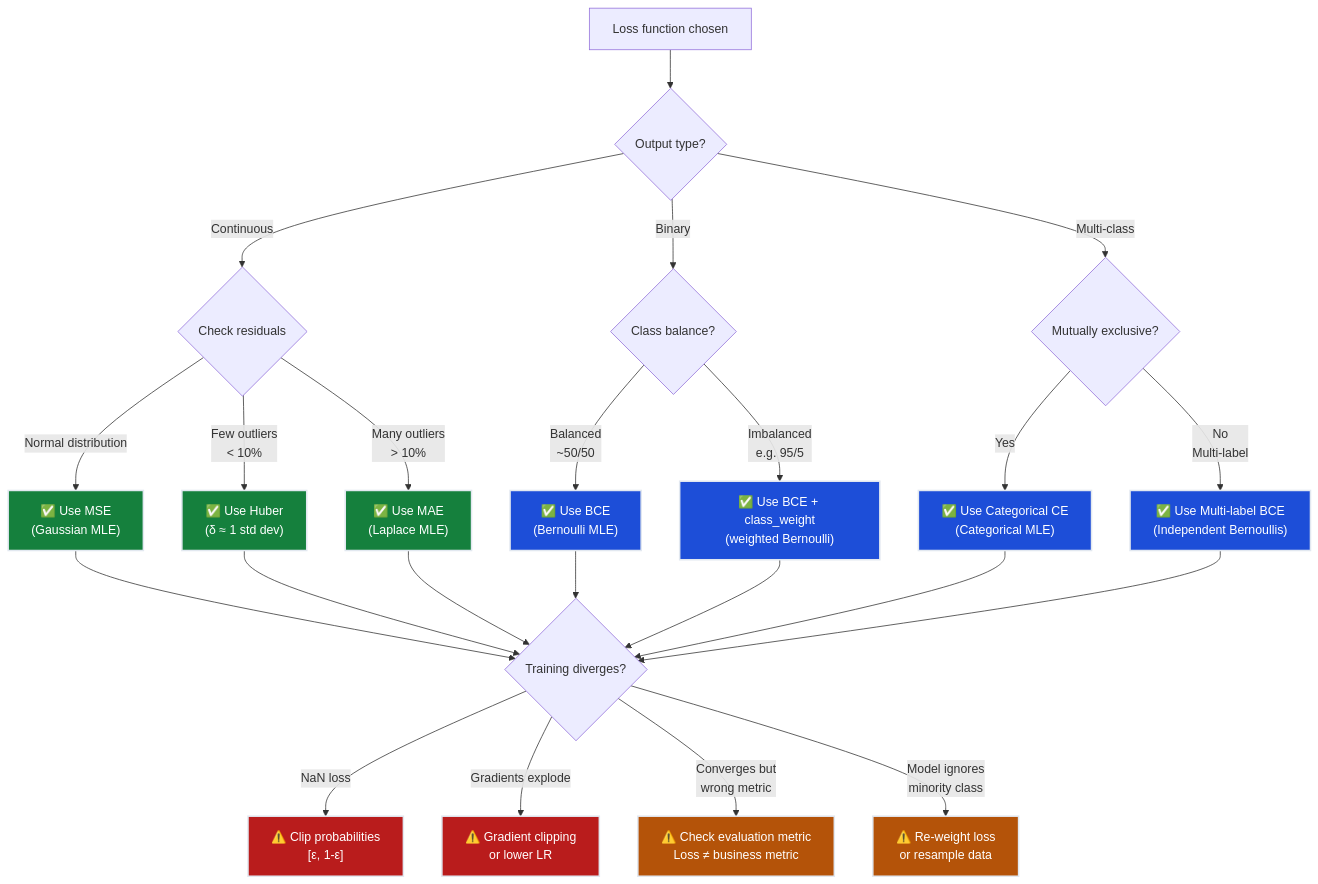
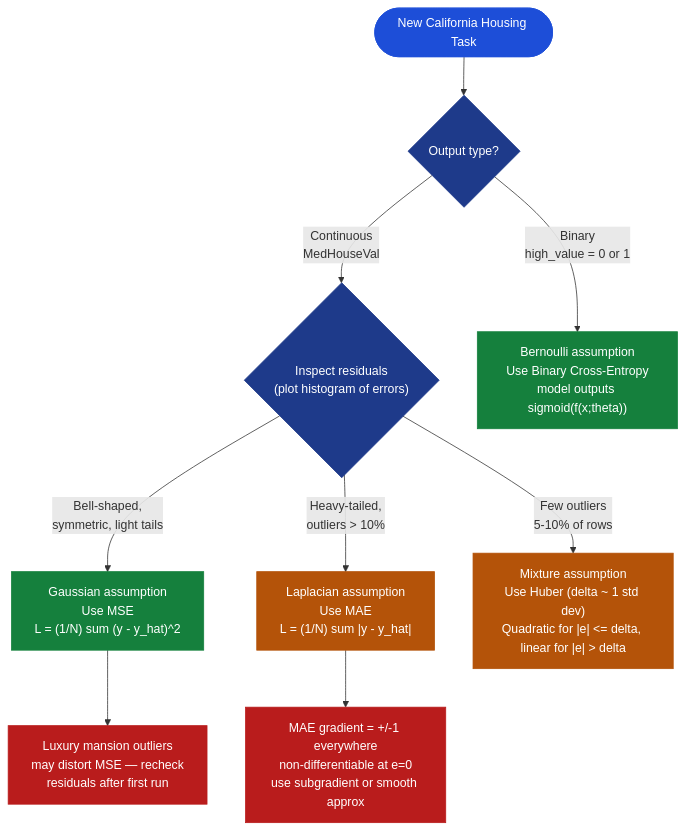
One commit to deepakshamsft/ai-portfolio changed the second of 3 diagrams in notes/01-ml/03_neural_networks/ch07_mle_loss_functions/README.md. Above: the diagram before and after it, drawn with Mermaid. The commit also changed other lines of this file and 727 other files, not shown here.

````diff
--- a/notes/01-ml/03_neural_networks/ch07_mle_loss_functions/README.md
+++ b/notes/01-ml/03_neural_networks/ch07_mle_loss_functions/README.md
@@ -322,41 +484,24 @@
 ```mermaid
 flowchart TD
-    START["Loss function chosen"] --> Q1{"Output type?"}
-    Q1 -->|Continuous| Q2{"Check residuals"}
-    Q2 -->|Normal distribution| MSE["✅ Use MSE<br/>(Gaussian MLE)"]
-    Q2 -->|Few outliers<br/>< 10%| HUBER["✅ Use Huber<br/>(δ ≈ 1 std dev)"]
-    Q2 -->|Many outliers<br/>> 10%| MAE["✅ Use MAE<br/>(Laplace MLE)"]
-    
-    Q1 -->|Binary| Q3{"Class balance?"}
-    Q3 -->|Balanced<br/>~50/50| BCE["✅ Use BCE<br/>(Bernoulli MLE)"]
-    Q3 -->|Imbalanced<br/>e.g. 95/5| BCEW["✅ Use BCE + class_weight<br/>(weighted Bernoulli)"]
-    
-    Q1 -->|Multi-class| Q4{"Mutually exclusive?"}
-    Q4 -->|Yes| CCE["✅ Use Categorical CE<br/>(Categorical MLE)"]
-    Q4 -->|No<br/>Multi-label| MBCE["✅ Use Multi-label BCE<br/>(Independent Bernoullis)"]
-    
-    MSE --> CHECK{"Training diverges?"}
-    HUBER --> CHECK
-    MAE --> CHECK
-    BCE --> CHECK
-    BCEW --> CHECK
-    CCE --> CHECK
-    MBCE --> CHECK
-    
-    CHECK -->|NaN loss| CLIP["⚠️ Clip probabilities<br/>[ε, 1-ε]"]
-    CHECK -->|Gradients explode| GRAD["⚠️ Gradient clipping<br/>or lower LR"]
-    CHECK -->|Converges but<br/>wrong metric| EVAL["⚠️ Check evaluation metric<br/>Loss ≠ business metric"]
-    CHECK -->|Model ignores<br/>minority class| WEIGHT["⚠️ Re-weight loss<br/>or resample data"]
-    
-    style MSE fill:#15803d,stroke:#e2e8f0,stroke-width:2px,color:#ffffff
-    style HUBER fill:#15803d,stroke:#e2e8f0,stroke-width:2px,color:#ffffff
-    style MAE fill:#15803d,stroke:#e2e8f0,stroke-width:2px,color:#ffffff
-    style BCE fill:#1d4ed8,stroke:#e2e8f0,stroke-width:2px,color:#ffffff
-    style BCEW fill:#1d4ed8,stroke:#e2e8f0,stroke-width:2px,color:#ffffff
-    style CCE fill:#1d4ed8,stroke:#e2e8f0,stroke-width:2px,color:#ffffff
-    style MBCE fill:#1d4ed8,stroke:#e2e8f0,stroke-width:2px,color:#ffffff
-    style CLIP fill:#b91c1c,stroke:#e2e8f0,stroke-width:2px,color:#ffffff
-    style GRAD fill:#b91c1c,stroke:#e2e8f0,stroke-width:2px,color:#ffffff
-    style EVAL fill:#b45309,stroke:#e2e8f0,stroke-width:2px,color:#ffffff
-    style WEIGHT fill:#b45309,stroke:#e2e8f0,stroke-width:2px,color:#ffffff
+    START(["New California Housing Task"]) --> TYPE{"Output type?"}
+
+    TYPE -->|"Continuous\nMedHouseVal"| RESID{"Inspect residuals\n(plot histogram of errors)"}
+    TYPE -->|"Binary\nhigh_value = 0 or 1"| BCE_PATH["Bernoulli assumption\nUse Binary Cross-Entropy\nmodel outputs sigmoid(f(x;theta))"]
+
+    RESID -->|"Bell-shaped,\nsymmetric, light tails"| MSE_PATH["Gaussian assumption\nUse MSE\nL = (1/N) sum (y - y_hat)^2"]
+    RESID -->|"Heavy-tailed,\noutliers > 10%"| MAE_PATH["Laplacian assumption\nUse MAE\nL = (1/N) sum |y - y_hat|"]
+    RESID -->|"Few outliers\n5-10% of rows"| HUBER_PATH["Mixture assumption\nUse Huber (delta ~ 1 std dev)\nQuadratic for |e| <= delta, linear for |e| > delta"]
+
+    MSE_PATH --> WARN["Luxury mansion outliers\nmay distort MSE — recheck\nresiduals after first run"]
+    MAE_PATH --> GRAD["MAE gradient = +/-1 everywhere\nnon-differentiable at e=0\nuse subgradient or smooth approx"]
+
+    style START fill:#1d4ed8,color:#fff,stroke:#1d4ed8
+    style TYPE fill:#1e3a8a,color:#fff,stroke:#1e3a8a
+    style RESID fill:#1e3a8a,color:#fff,stroke:#1e3a8a
+    style BCE_PATH fill:#15803d,color:#fff,stroke:#15803d
+    style MSE_PATH fill:#15803d,color:#fff,stroke:#15803d
+    style MAE_PATH fill:#b45309,color:#fff,stroke:#b45309
+    style HUBER_PATH fill:#b45309,color:#fff,stroke:#b45309
+    style WARN fill:#b91c1c,color:#fff,stroke:#b91c1c
+    style GRAD fill:#b91c1c,color:#fff,stroke:#b91c1c
 ```
````
